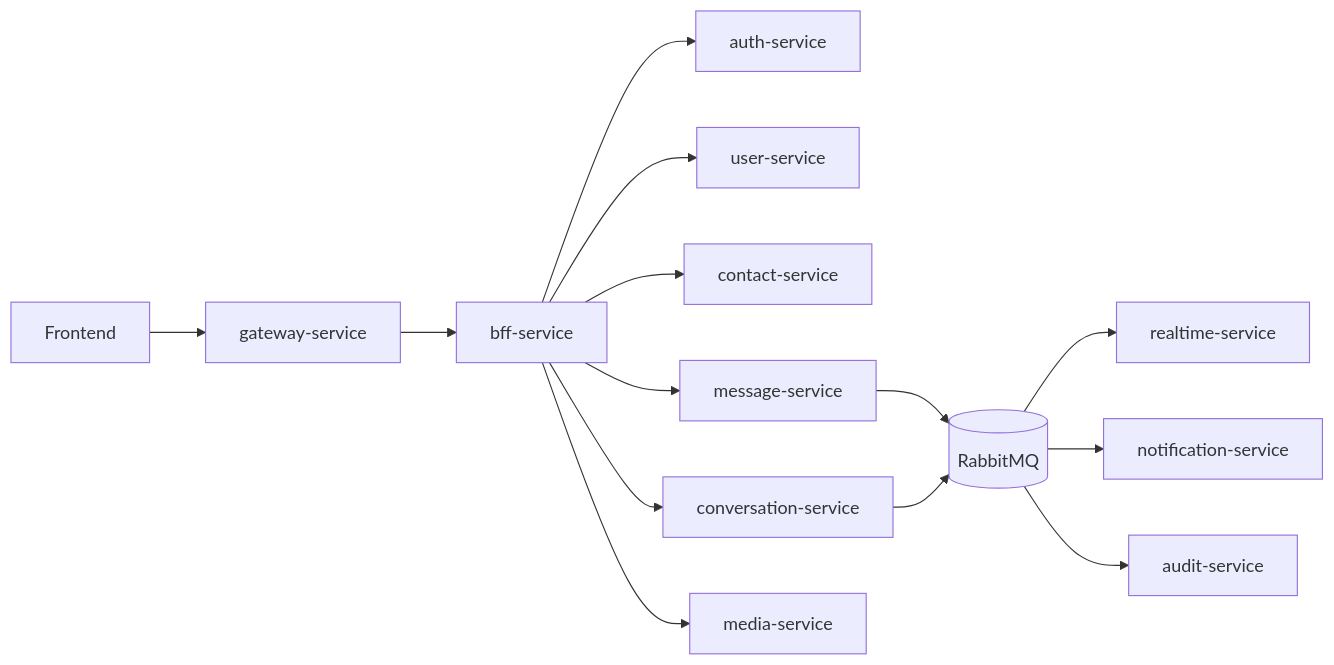
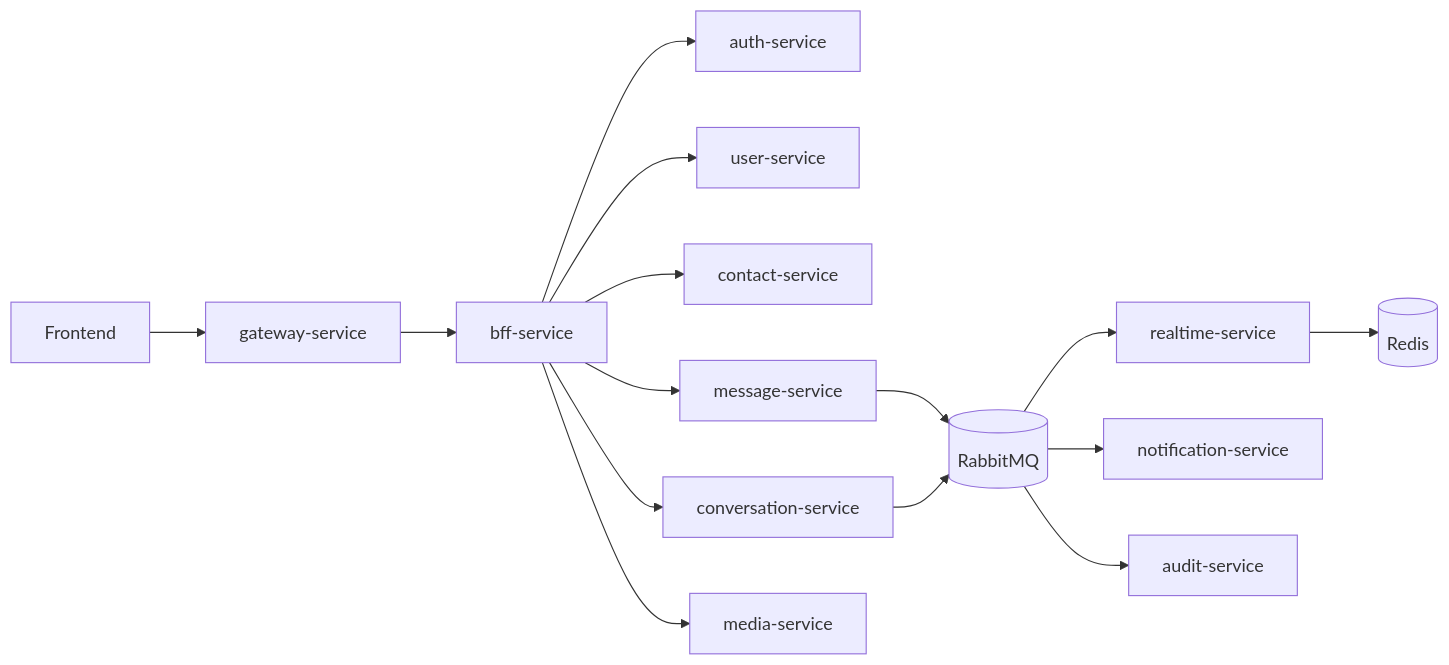
Before and after one commit to OrionTheProgrammer/Orioneta-Backend: the diagram in docs/diagrama-microservicios.mmd, drawn with Mermaid. The commit also changed 32 other files, not shown here.

```diff
--- a/docs/diagrama-microservicios.mmd
+++ b/docs/diagrama-microservicios.mmd
@@ -1,14 +1,15 @@
 flowchart LR
     FE[Frontend] --> GW[gateway-service]
     GW --> BFF[bff-service]
     BFF --> AUTH[auth-service]
     BFF --> USER[user-service]
     BFF --> CONTACT[contact-service]
     BFF --> CONV[conversation-service]
     BFF --> MSG[message-service]
     BFF --> MEDIA[media-service]
     MSG --> RMQ[(RabbitMQ)]
     CONV --> RMQ
     RMQ --> RT[realtime-service]
     RMQ --> NOTIF[notification-service]
     RMQ --> AUDIT[audit-service]
+    RT --> REDIS[(Redis)]
```
